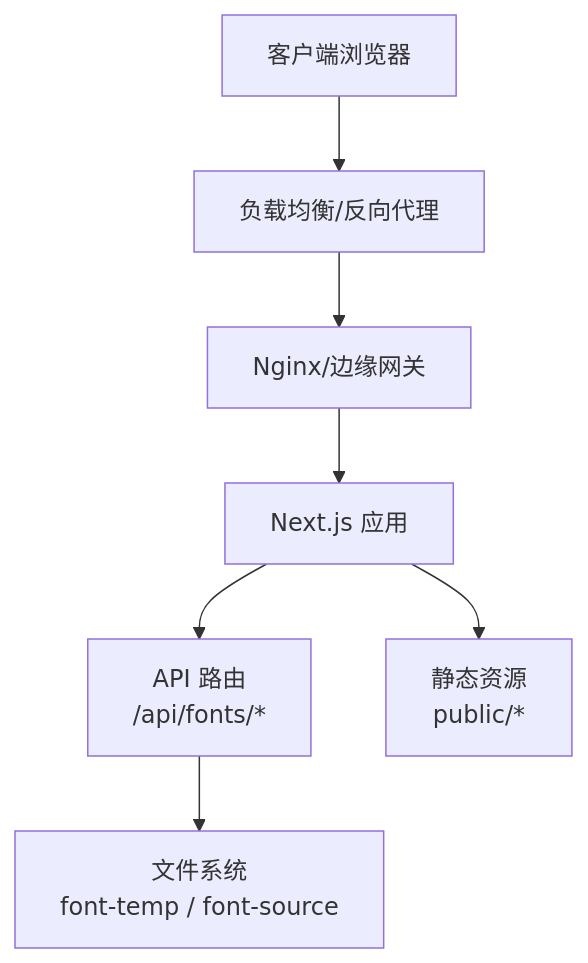
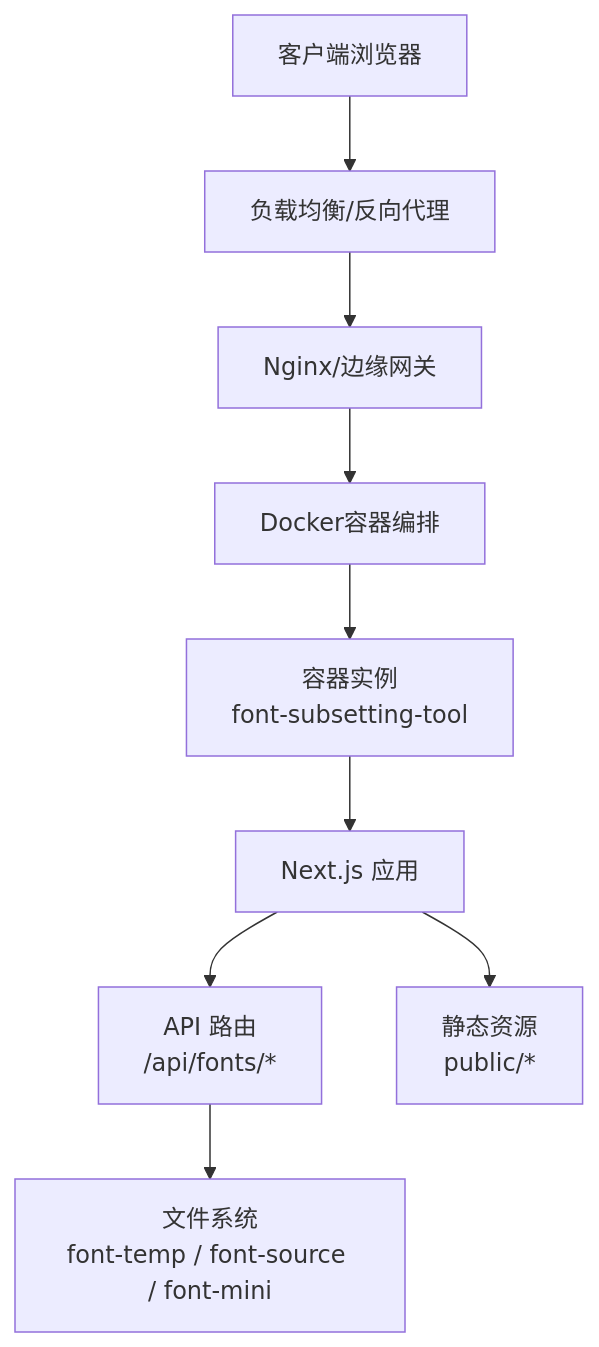
One commit to tutusiji/FontMinify changed the second of 5 diagrams in .qoder/repowiki/zh/content/部署运维/部署配置.md. Above: the diagram before and after it, drawn with Mermaid. The commit also changed other lines of this file and 12 other files, not shown here.

````diff
--- a/.qoder/repowiki/zh/content/部署运维/部署配置.md
+++ b/.qoder/repowiki/zh/content/部署运维/部署配置.md
@@ -82,9 +120,11 @@
 ```mermaid
 graph TB
 Client["客户端浏览器"] --> LB["负载均衡/反向代理"]
 LB --> Nginx["Nginx/边缘网关"]
-Nginx --> Next["Next.js 应用"]
+Nginx --> Docker["Docker容器编排"]
+Docker --> Container["容器实例<br/>font-subsetting-tool"]
+Container --> Next["Next.js 应用"]
 Next --> APIFonts["API 路由<br/>/api/fonts/*"]
-APIFonts --> FS["文件系统<br/>font-temp / font-source"]
+APIFonts --> FS["文件系统<br/>font-temp / font-source / font-mini"]
 Next --> Static["静态资源<br/>public/*"]
 ```
````
